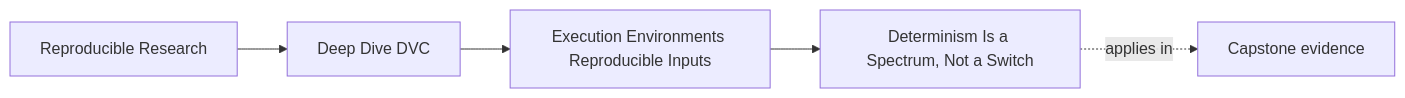
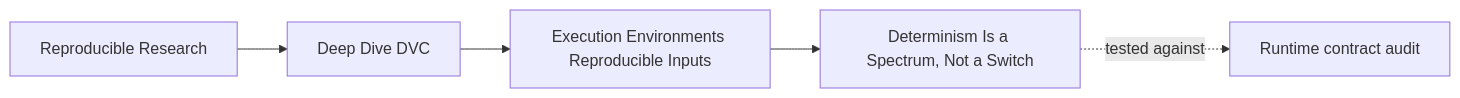
The first of 4 diagrams in programs/reproducible-research/deep-dive-dvc/course-book/module-03-execution-environments-reproducible-inputs/determinism-is-a-spectrum-not-a-switch.md (bijux/bijux-masterclass), drawn with Mermaid before and after one commit. The commit also changed other lines of this file, not shown here.

````diff
--- a/programs/reproducible-research/deep-dive-dvc/course-book/module-03-execution-environments-reproducible-inputs/determinism-is-a-spectrum-not-a-switch.md
+++ b/programs/reproducible-research/deep-dive-dvc/course-book/module-03-execution-environments-reproducible-inputs/determinism-is-a-spectrum-not-a-switch.md
@@ -7,11 +6,11 @@
 ```mermaid
 graph LR
   family["Reproducible Research"]
   program["Deep Dive DVC"]
   section["Execution Environments Reproducible Inputs"]
   page["Determinism Is a Spectrum, Not a Switch"]
-  capstone["Capstone evidence"]
+  capstone["Runtime contract audit"]
 
   family --> program --> section --> page
-  page -.applies in.-> capstone
+  page -.tested against.-> capstone
 ```
````
